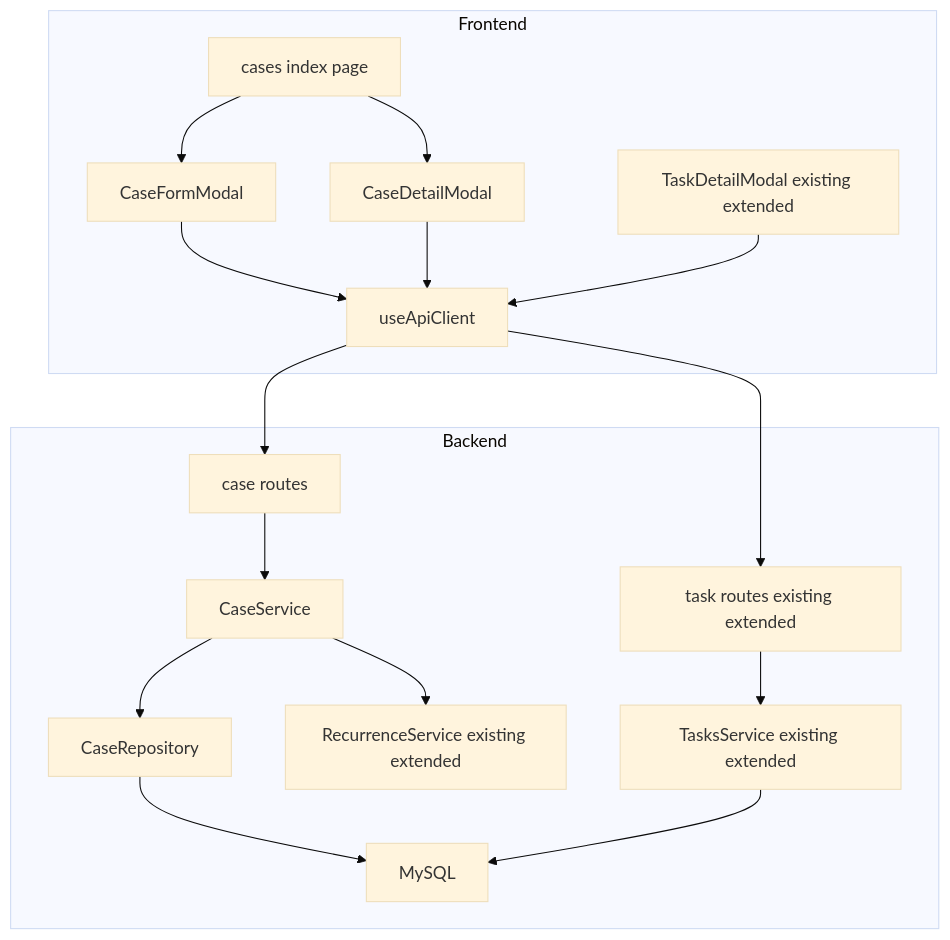
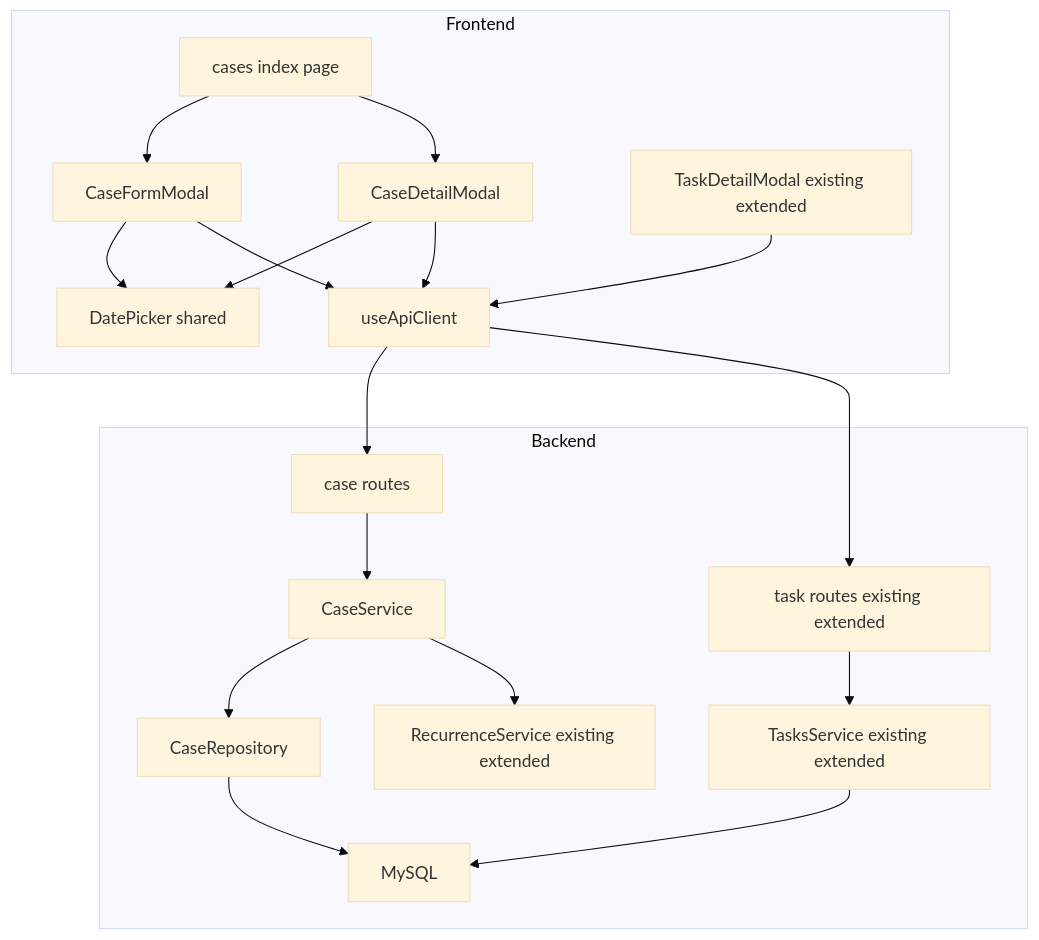
The first of 4 diagrams in .kiro/specs/case-management-ux/design.md (karasaki-wasabi/project-task-management), drawn with Mermaid (base theme) before and after one commit. The commit also changed other lines of this file and 2 other files, not shown here.

````diff
--- a/.kiro/specs/case-management-ux/design.md
+++ b/.kiro/specs/case-management-ux/design.md
@@ -61,34 +65,37 @@
 ```mermaid
 graph TB
     subgraph Frontend
         CasesPage[cases index page]
         CaseFormModal[CaseFormModal]
         CaseDetailModal[CaseDetailModal]
+        DatePicker[DatePicker shared]
         TaskDetailModal[TaskDetailModal existing extended]
         ApiClient[useApiClient]
     end
 
     subgraph Backend
         CaseRoutes[case routes]
         CaseService[CaseService]
         CaseRepo[CaseRepository]
         TaskRoutes[task routes existing extended]
         TaskService[TasksService existing extended]
         RecurrenceService[RecurrenceService existing extended]
         DB[MySQL]
     end
 
     CasesPage --> CaseFormModal
     CasesPage --> CaseDetailModal
+    CaseFormModal --> DatePicker
+    CaseDetailModal --> DatePicker
     CaseFormModal --> ApiClient
     CaseDetailModal --> ApiClient
     TaskDetailModal --> ApiClient
     ApiClient --> CaseRoutes
     ApiClient --> TaskRoutes
     CaseRoutes --> CaseService
     CaseService --> CaseRepo
     CaseRepo --> DB
     TaskRoutes --> TaskService
     TaskService --> DB
     CaseService --> RecurrenceService
 ```
````
